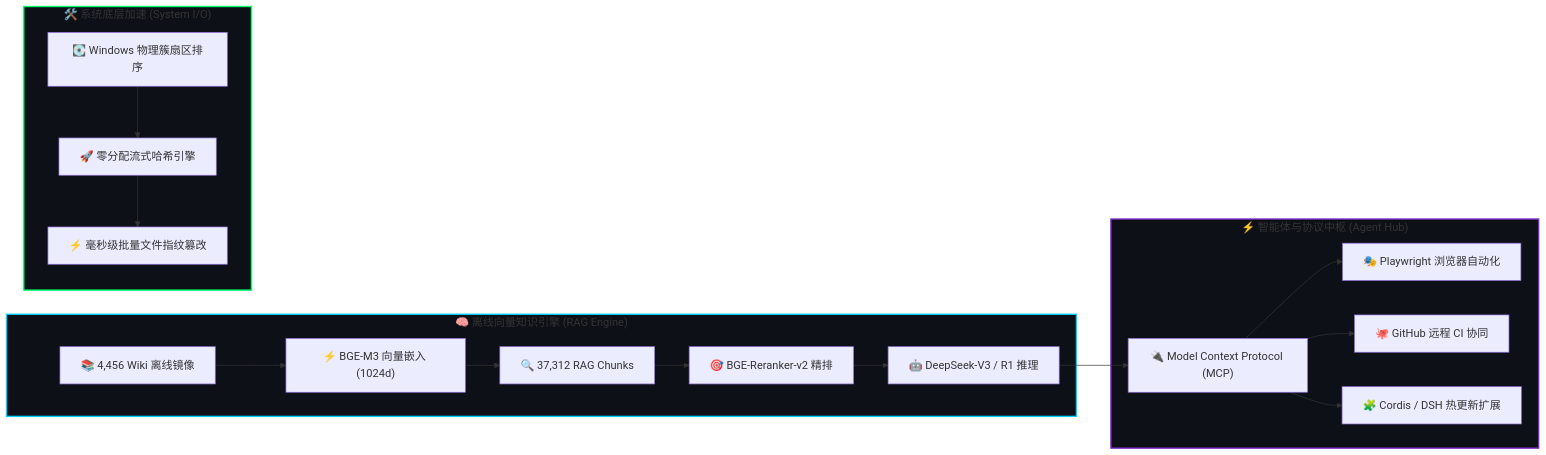
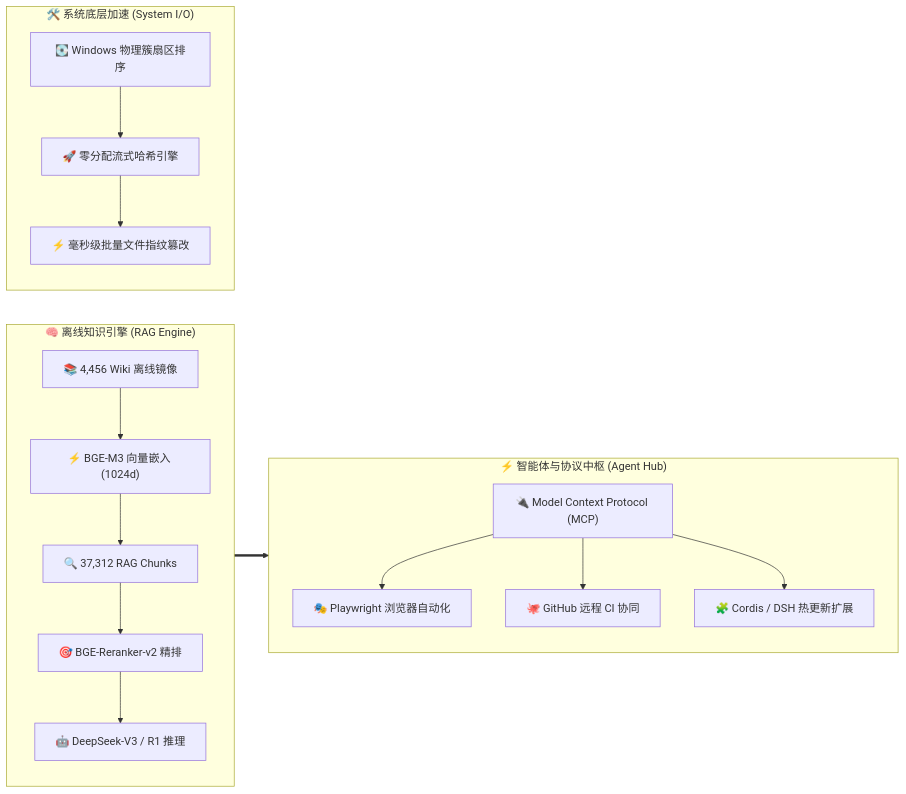
The diagram in README.md (a1113622001/a1113622001), drawn with Mermaid before and after one commit. The commit also changed other lines of this file, not shown here.

Commit message:
style(profile): polish terminal ascii formatting and streamline mermaid architecture graph

````diff
--- a/README.md
+++ b/README.md
@@ -44,25 +44,25 @@
 ```mermaid
-graph LR
-    subgraph KNOWLEDGE_ENGINE["🧠 离线向量知识引擎 (RAG Engine)"]
+flowchart LR
+    subgraph RAG["🧠 离线知识引擎 (RAG Engine)"]
+        direction TB
         A["📚 4,456 Wiki 离线镜像"] --> B["⚡ BGE-M3 向量嵌入 (1024d)"]
         B --> C["🔍 37,312 RAG Chunks"]
         C --> D["🎯 BGE-Reranker-v2 精排"]
         D --> E["🤖 DeepSeek-V3 / R1 推理"]
     end
 
-    subgraph AGENT_INFRA["⚡ 智能体与协议中枢 (Agent Hub)"]
-        E --> F["🔌 Model Context Protocol (MCP)"]
-        F --> G["🎭 Playwright 浏览器自动化"]
+    subgraph AGENT["⚡ 智能体与协议中枢 (Agent Hub)"]
+        direction TB
+        F["🔌 Model Context Protocol (MCP)"] --> G["🎭 Playwright 浏览器自动化"]
         F --> H["🐙 GitHub 远程 CI 协同"]
         F --> I["🧩 Cordis / DSH 热更新扩展"]
     end
 
-    subgraph SYSTEM_OPTIM["🛠️ 系统底层加速 (System I/O)"]
+    subgraph SYSTEM["🛠️ 系统底层加速 (System I/O)"]
+        direction TB
         J["💽 Windows 物理簇扇区排序"] --> K["🚀 零分配流式哈希引擎"]
         K --> L["⚡ 毫秒级批量文件指纹篡改"]
     end
 
-    style KNOWLEDGE_ENGINE fill:#0d1117,stroke:#00d2ff,stroke-width:2px
-    style AGENT_INFRA fill:#0d1117,stroke:#7928ca,stroke-width:2px
-    style SYSTEM_OPTIM fill:#0d1117,stroke:#00ff66,stroke-width:2px
+    E ==> F
 ```
````
